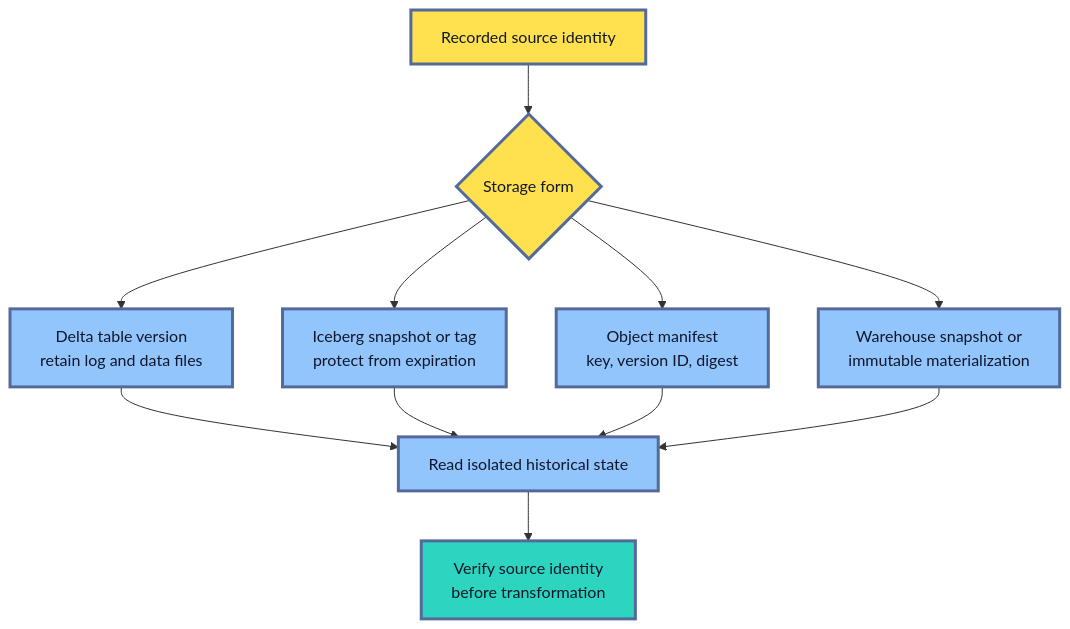
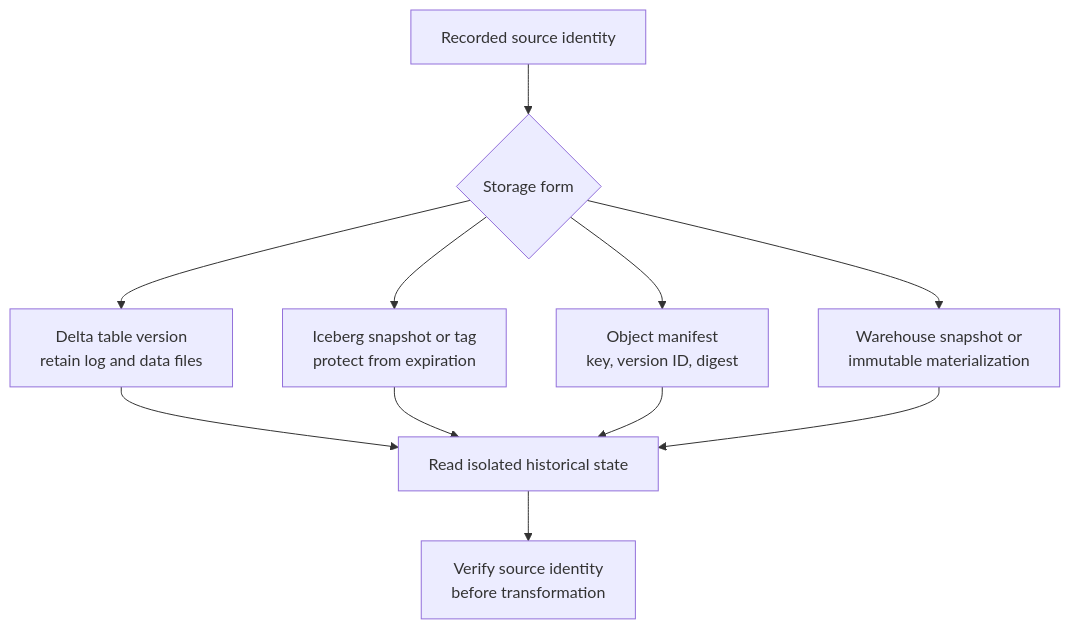
The third of 6 diagrams in roadmaps/mlops/modules/data-for-ml-systems/data-pipelines/03-rebuilding-past-datasets.md (senlinyy/dev-roadmaps), drawn with Mermaid before and after one commit. The commit also changed other lines of this file and 152 other files, not shown here.

Commit message:
feat: mlops and diagrams updated

````diff
--- a/roadmaps/mlops/modules/data-for-ml-systems/data-pipelines/03-rebuilding-past-datasets.md
+++ b/roadmaps/mlops/modules/data-for-ml-systems/data-pipelines/03-rebuilding-past-datasets.md
@@ -249,20 +241,17 @@
 ```mermaid
 flowchart TD
     A["Recorded source identity"] --> B{"Storage form"}
     B --> C["Delta table version<br/>retain log and data files"]
     B --> D["Iceberg snapshot or tag<br/>protect from expiration"]
     B --> E["Object manifest<br/>key, version ID, digest"]
     B --> F["Warehouse snapshot or<br/>immutable materialization"]
     C --> G["Read isolated historical state"]
     D --> G
     E --> G
     F --> G
     G --> H["Verify source identity<br/>before transformation"]
 
-    classDef choice fill:#FFE04F,stroke:#536A9A,stroke-width:3px,color:#111827
-    classDef source fill:#93C5FD,stroke:#536A9A,stroke-width:3px,color:#0F172A
-    classDef verify fill:#2DD4BF,stroke:#536A9A,stroke-width:3px,color:#0F172A
     class A,B choice
     class C,D,E,F,G source
     class H verify
 ```
````
